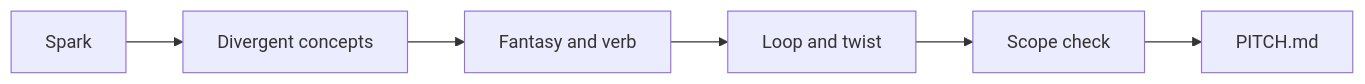
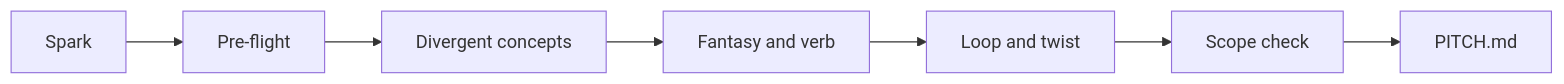
The diagram in skills/game/ideation/README.md (willianjusten/agent-skills), drawn with Mermaid before and after one commit. The commit also changed other lines of this file and 20 other files, not shown here.

````diff
--- a/skills/game/ideation/README.md
+++ b/skills/game/ideation/README.md
@@ -7,8 +7,8 @@
 ```mermaid
 flowchart LR
-  A[Spark] --> B[Divergent concepts]
+  A[Spark] --> P[Pre-flight] --> B[Divergent concepts]
   B --> C[Fantasy and verb]
   C --> D[Loop and twist]
   D --> E[Scope check]
   E --> F[PITCH.md]
 ```
````
